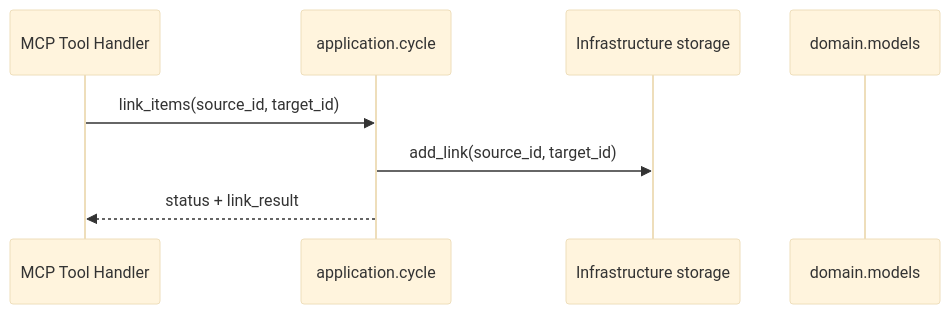
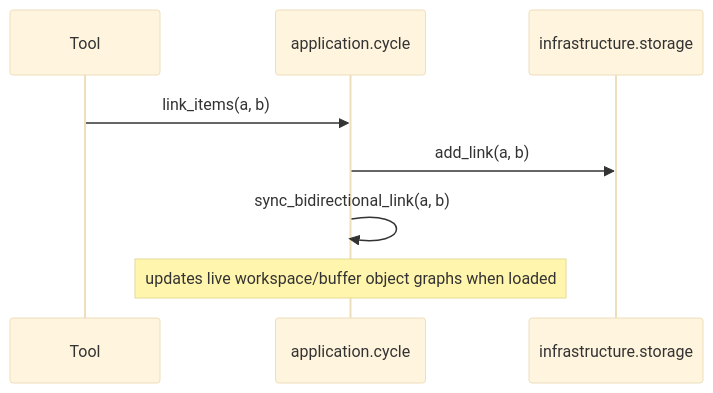
Before and after one commit to netsky-lab/gwt-context: the second of 3 diagrams in ARCHITECTURE.md, drawn with Mermaid (base theme). The commit also changed other lines of this file and 18 other files, not shown here.

Commit message:
fix: satisfy retry verification for architecture boundary task

````diff
--- a/ARCHITECTURE.md
+++ b/ARCHITECTURE.md
@@ -183,11 +121,10 @@
 ```mermaid
 sequenceDiagram
-    participant Tool as MCP Tool Handler
-    participant AppCycle as application.cycle
-    participant Repo as Infrastructure storage
-    participant Domain as domain.models
-
-    Tool->>AppCycle: link_items(source_id, target_id)
-    AppCycle->>Repo: add_link(source_id, target_id)
-    AppCycle-->>Tool: status + link_result
+  participant User as Tool
+  participant Cycle as application.cycle
+  participant Store as infrastructure.storage
+  User->>Cycle: link_items(a, b)
+  Cycle->>Store: add_link(a, b)
+  Cycle->>Cycle: sync_bidirectional_link(a, b)
+  Note over Cycle: updates live workspace/buffer object graphs when loaded
 ```
````
